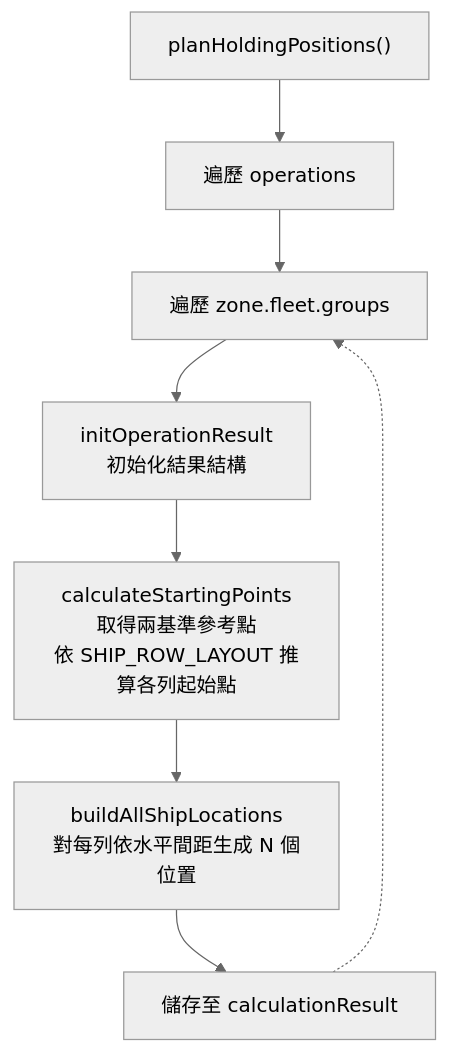
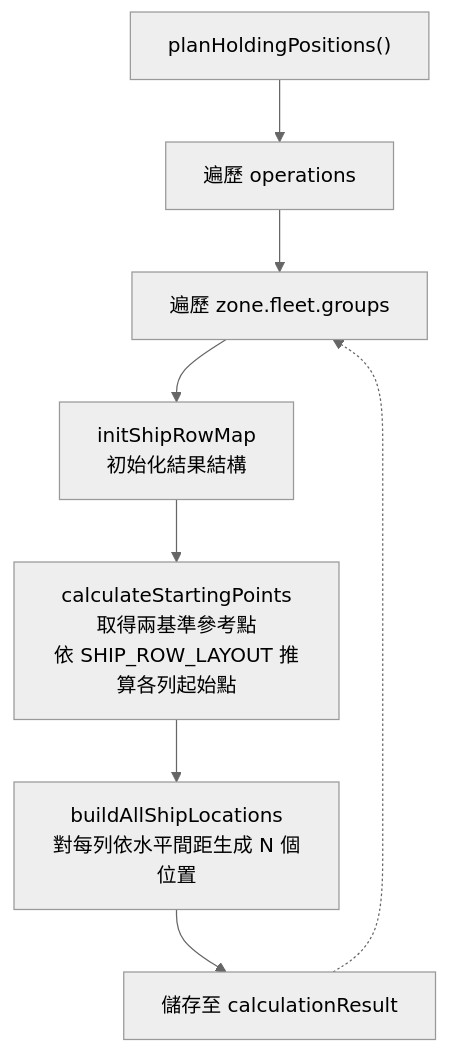
The first of 2 diagrams in docs/landingOps/shipMovement.md (pullupjumper/formosa-in-flames), drawn with Mermaid (neutral theme) before and after one commit. The commit also changed other lines of this file and 2 other files, not shown here.

First line of the commit message:
refactor(landingOps): simplify shipMovement with unified SHIP_ROWS and move context

````diff
--- a/docs/landingOps/shipMovement.md
+++ b/docs/landingOps/shipMovement.md
@@ -60,13 +60,13 @@
 ```mermaid
 flowchart TD
     START["planHoldingPositions()"]
     ITER_OP["遍歷 operations"]
     ITER_AREA["遍歷 zone.fleet.groups"]
-    INIT["initOperationResult<br>初始化結果結構"]
+    INIT["initShipRowMap<br>初始化結果結構"]
     CALC_SP["calculateStartingPoints<br>取得兩基準參考點<br>依 SHIP_ROW_LAYOUT 推算各列起始點"]
     GEN_LOC["buildAllShipLocations<br>對每列依水平間距生成 N 個位置"]
     STORE["儲存至 calculationResult"]
 
     START --> ITER_OP --> ITER_AREA --> INIT --> CALC_SP --> GEN_LOC --> STORE
     STORE -.-> ITER_AREA
 ```
````
